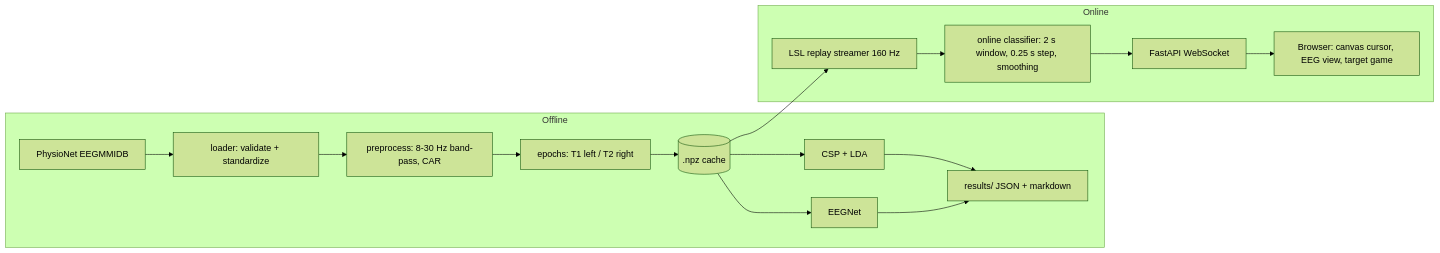
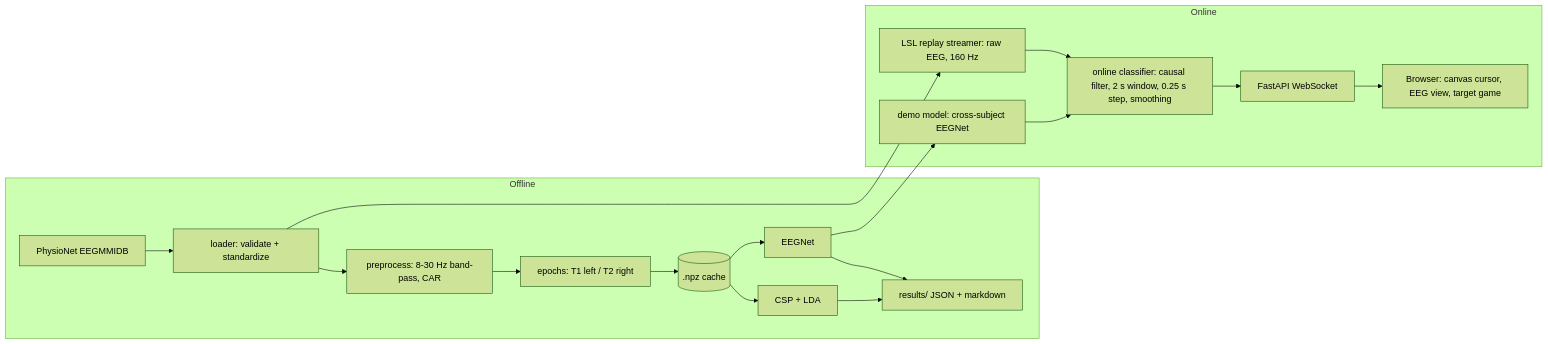
Before and after one commit to efusha0/neurolink-lite: the diagram in README.md, drawn with Mermaid (forest theme). The commit also changed other lines of this file and 2 other files, not shown here.

````diff
--- a/README.md
+++ b/README.md
@@ -13,18 +14,20 @@
 ```mermaid
 flowchart LR
     subgraph Offline
         A[PhysioNet EEGMMIDB] --> B[loader: validate + standardize]
         B --> C[preprocess: 8-30 Hz band-pass, CAR]
         C --> D[epochs: T1 left / T2 right]
         D --> E[(.npz cache)]
         E --> F[CSP + LDA]
         E --> G[EEGNet]
         F & G --> H[results/ JSON + markdown]
     end
     subgraph Online
-        E --> I[LSL replay streamer 160 Hz]
-        I --> J[online classifier: 2 s window, 0.25 s step, smoothing]
+        B --> I[LSL replay streamer: raw EEG, 160 Hz]
+        G --> M[demo model: cross-subject EEGNet]
+        I --> J[online classifier: causal filter, 2 s window, 0.25 s step, smoothing]
+        M --> J
         J --> K[FastAPI WebSocket]
         K --> L[Browser: canvas cursor, EEG view, target game]
     end
 ```
````
